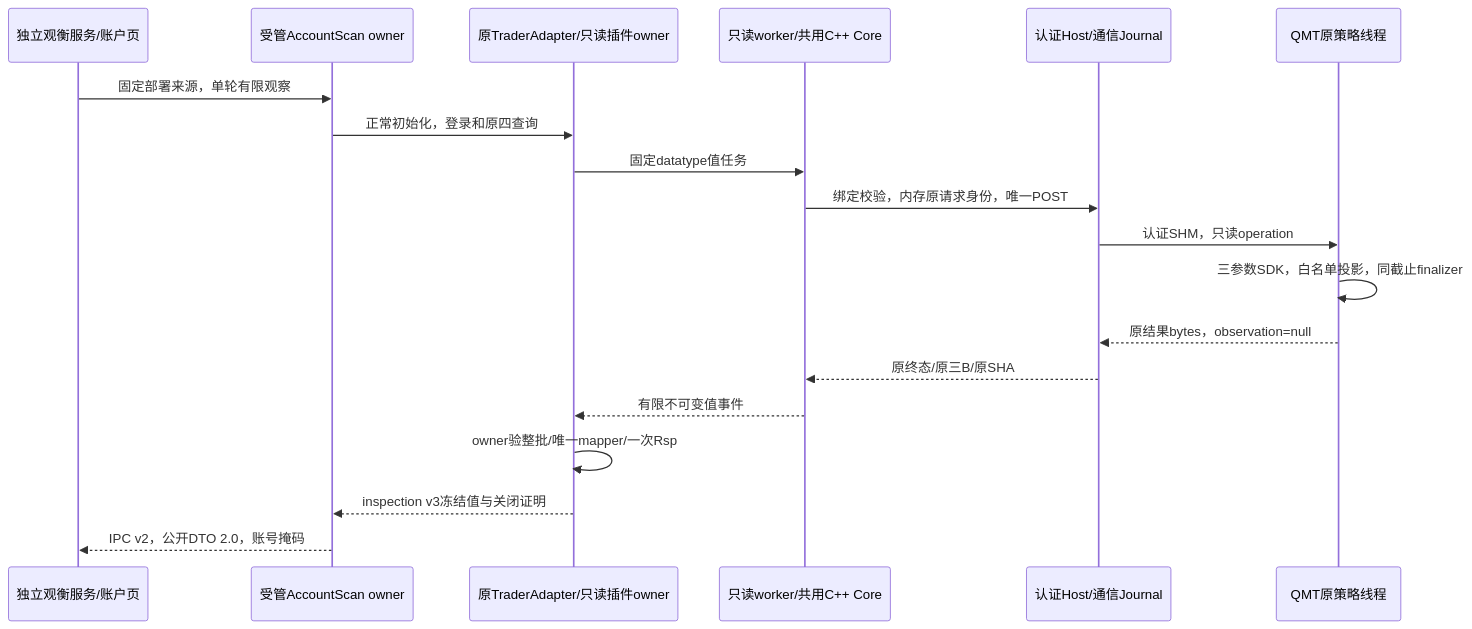
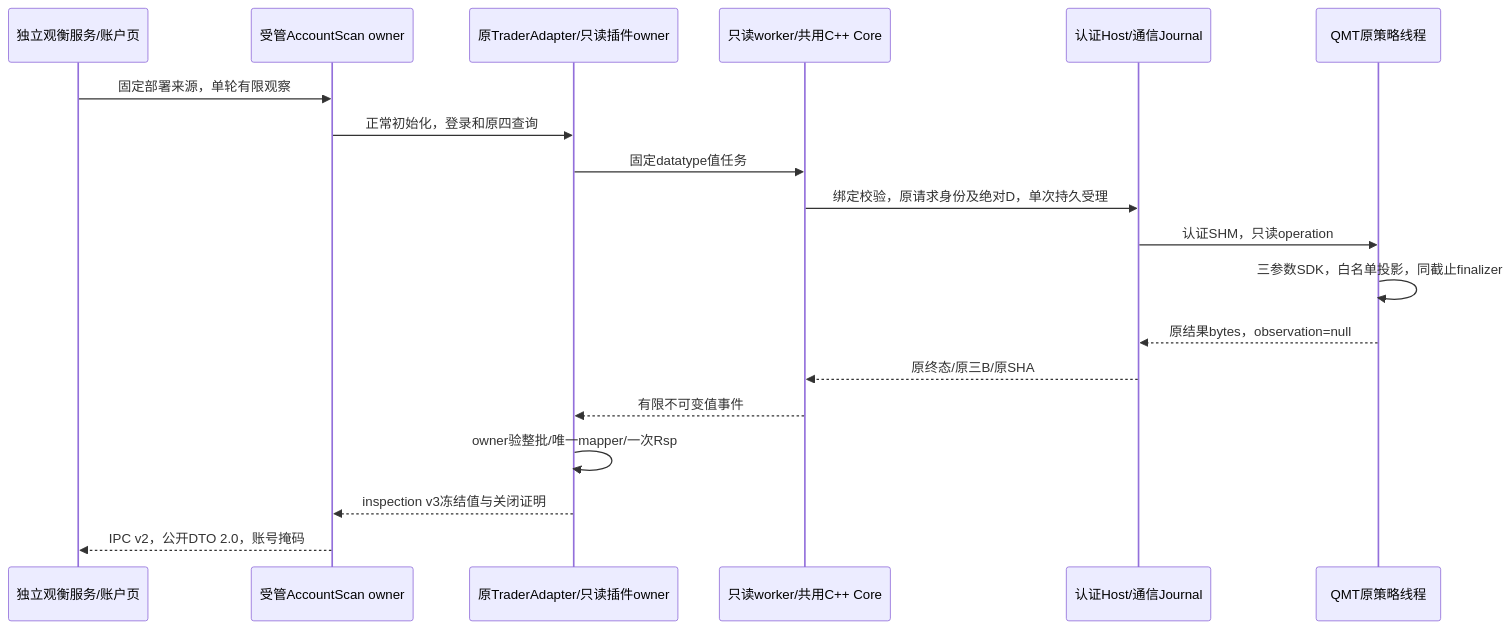
One commit to fr4ngou/wondertrader changed the diagram in docs/specs/qmt-shm-account-read.md. Above: the diagram before and after it, drawn with Mermaid. The commit also changed other lines of this file and 8 other files, not shown here.

```diff
--- a/docs/specs/qmt-shm-account-read.md
+++ b/docs/specs/qmt-shm-account-read.md
@@ -15,21 +15,21 @@
 ~~~mermaid
 sequenceDiagram
     participant UI as 独立观衡服务/账户页
     participant Scan as 受管AccountScan owner
     participant WT as 原TraderAdapter/只读插件owner
     participant Worker as 只读worker/共用C++ Core
     participant Host as 认证Host/通信Journal
     participant Agent as QMT原策略线程
     UI->>Scan: 固定部署来源，单轮有限观察
     Scan->>WT: 正常初始化，登录和原四查询
     WT->>Worker: 固定datatype值任务
-    Worker->>Host: 绑定校验，内存原请求身份，唯一POST
+    Worker->>Host: 绑定校验，原请求身份及绝对D，单次持久受理
     Host->>Agent: 认证SHM，只读operation
     Agent->>Agent: 三参数SDK，白名单投影，同截止finalizer
     Agent-->>Host: 原结果bytes，observation=null
     Host-->>Worker: 原终态/原三B/原SHA
     Worker-->>WT: 有限不可变值事件
     WT->>WT: owner验整批/唯一mapper/一次Rsp
     WT-->>Scan: inspection v3冻结值与关闭证明
     Scan-->>UI: IPC v2，公开DTO 2.0，账号掩码
 ~~~
```
